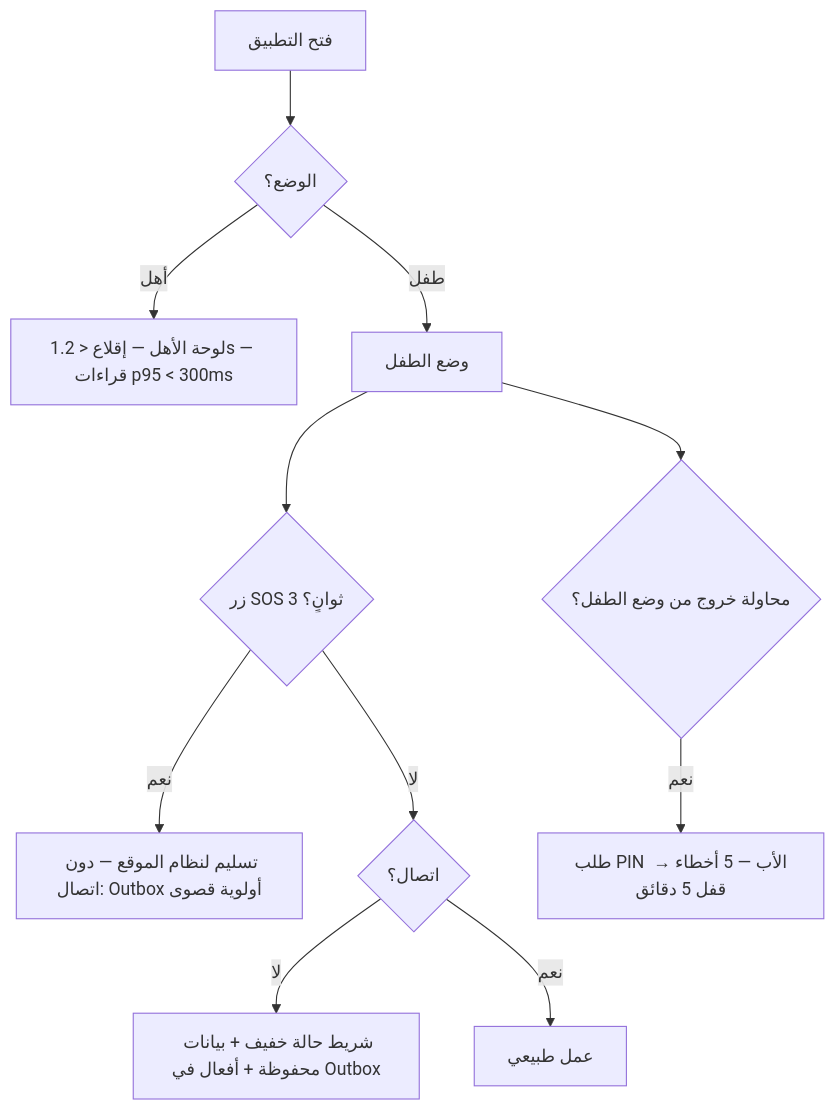
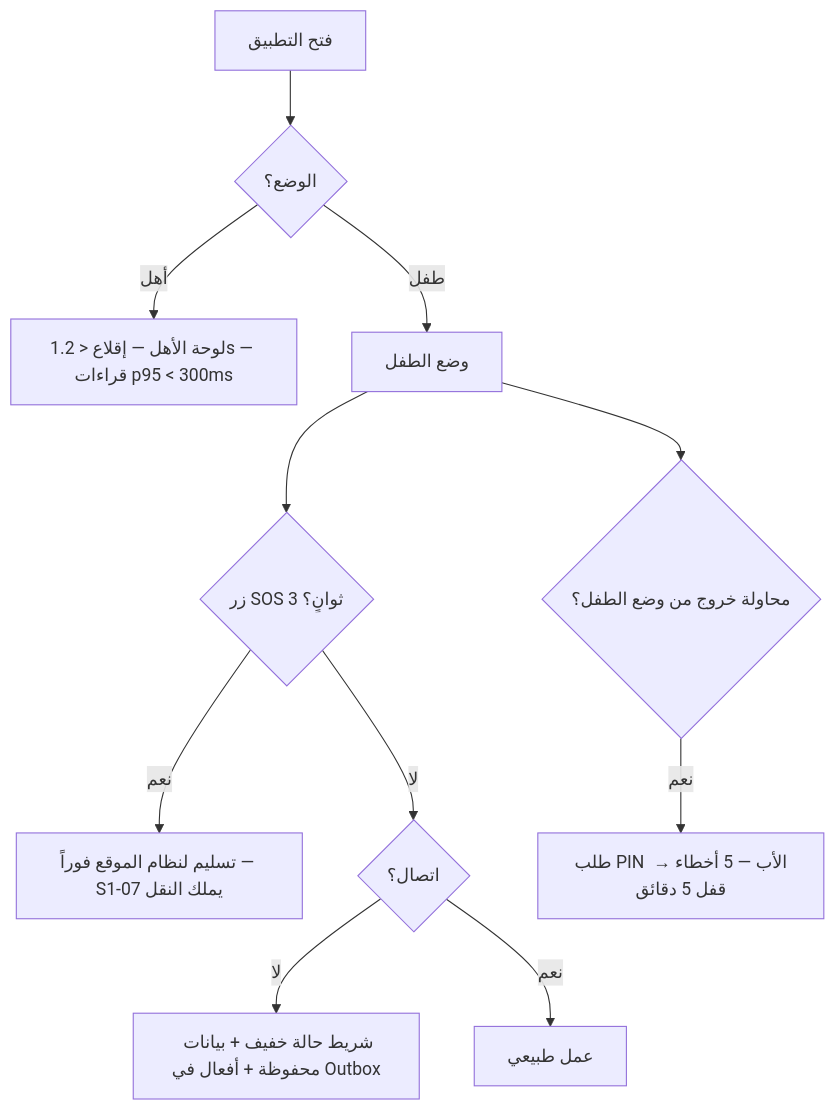
The second of 2 diagrams in docs/family-os/governance/phases/phase-1/S1-01-app-shell-and-platform/SPEC.md (Bassam-mohammed-alqaeadi/family-os-v2), drawn with Mermaid before and after one commit. The commit also changed other lines of this file and 13 other files, not shown here.

````diff
--- a/docs/family-os/governance/phases/phase-1/S1-01-app-shell-and-platform/SPEC.md
+++ b/docs/family-os/governance/phases/phase-1/S1-01-app-shell-and-platform/SPEC.md
@@ -99,13 +99,13 @@
 ```mermaid
 flowchart TD
     Open[فتح التطبيق] --> Mode{الوضع؟}
     Mode -->|أهل| Dash[لوحة الأهل — إقلاع < 1.2s — قراءات p95 < 300ms]
     Mode -->|طفل| Child[وضع الطفل]
     Child --> SOS{زر SOS 3 ثوانٍ؟}
-    SOS -->|نعم| SOSSend[تسليم لنظام الموقع — دون اتصال: Outbox أولوية قصوى]
+    SOS -->|نعم| SOSSend[تسليم لنظام الموقع فوراً — S1-07 يملك النقل]
     SOS -->|لا| Off{اتصال؟}
     Off -->|لا| Offline[شريط حالة خفيف + بيانات محفوظة + أفعال في Outbox]
     Off -->|نعم| Normal[عمل طبيعي]
     Child --> Exit{محاولة خروج من وضع الطفل؟}
     Exit -->|نعم| Gate[طلب PIN الأب — 5 أخطاء → قفل 5 دقائق]
 ```
````
